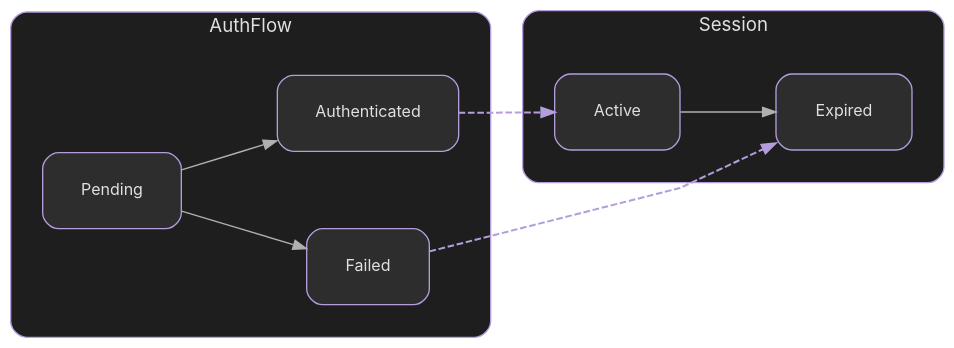
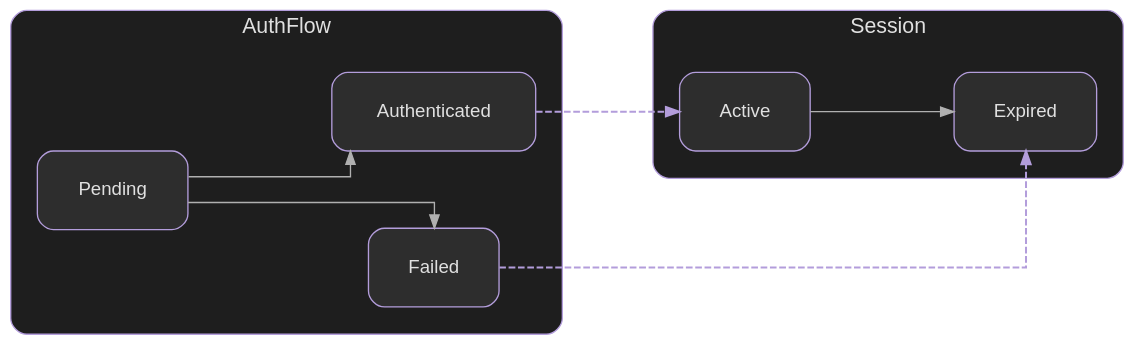
One commit to elijahr/nim-typestates changed the diagram in docs/assets/images/generated/multi.dot. Above: the diagram before and after it, drawn with Graphviz. The commit also changed 12 other files, not shown here.

```diff
--- a/docs/assets/images/generated/multi.dot
+++ b/docs/assets/images/generated/multi.dot
@@ -1,49 +1,52 @@
 digraph {
   rankdir=LR;
-  splines=polyline;
+  splines=ortho;
+  compound=true;
   nodesep=0.8;
-  ranksep=1.0;
+  ranksep=1.5;
   bgcolor="transparent";
-  pad=1.0;
+  pad=0.3;
 
-  node [shape=box, style="rounded,filled", fillcolor="#2d2d2d", color="#b39ddb", fontcolor="#e0e0e0", fontname="Inter, SF Pro Display, -apple-system, BlinkMacSystemFont, Segoe UI, Roboto, sans-serif", fontsize=12, margin="0.4,0.3"];
-  edge [fontname="Inter, SF Pro Display, -apple-system, BlinkMacSystemFont, Segoe UI, Roboto, sans-serif", fontsize=9, color="#b0b0b0"];
+  node [shape=box, style="rounded,filled", fillcolor="#2d2d2d", color="#b39ddb", fontcolor="#e0e0e0", fontname="sans-serif", fontsize=14, margin="0.4,0.3"];
+  edge [fontname="sans-serif", fontsize=11, color="#b0b0b0"];
 
   subgraph cluster_Session {
     label="Session";
-    fontname="Inter, SF Pro Display, -apple-system, BlinkMacSystemFont, Segoe UI, Roboto, sans-serif";
-    fontsize=14;
+    fontname="sans-serif";
+    fontsize=16;
     fontcolor="#e0e0e0";
+    labelloc=t;
     style="rounded";
     color="#b39ddb";
     bgcolor="#1e1e1e";
-    margin=24;
+    margin=20;
 
     Active;
     Expired;
 
     Active -> Expired;
   }
 
   subgraph cluster_AuthFlow {
     label="AuthFlow";
-    fontname="Inter, SF Pro Display, -apple-system, BlinkMacSystemFont, Segoe UI, Roboto, sans-serif";
-    fontsize=14;
+    fontname="sans-serif";
+    fontsize=16;
     fontcolor="#e0e0e0";
+    labelloc=t;
     style="rounded";
     color="#b39ddb";
     bgcolor="#1e1e1e";
-    margin=24;
+    margin=20;
 
     Pending;
     Authenticated;
     Failed;
 
     Pending -> Authenticated;
     Pending -> Failed;
   }
 
   // Bridges (cross-typestate)
   Authenticated -> Active [style=dashed, color="#b39ddb", penwidth=1.5];
   Failed -> Expired [style=dashed, color="#b39ddb", penwidth=1.5];
 }
```
